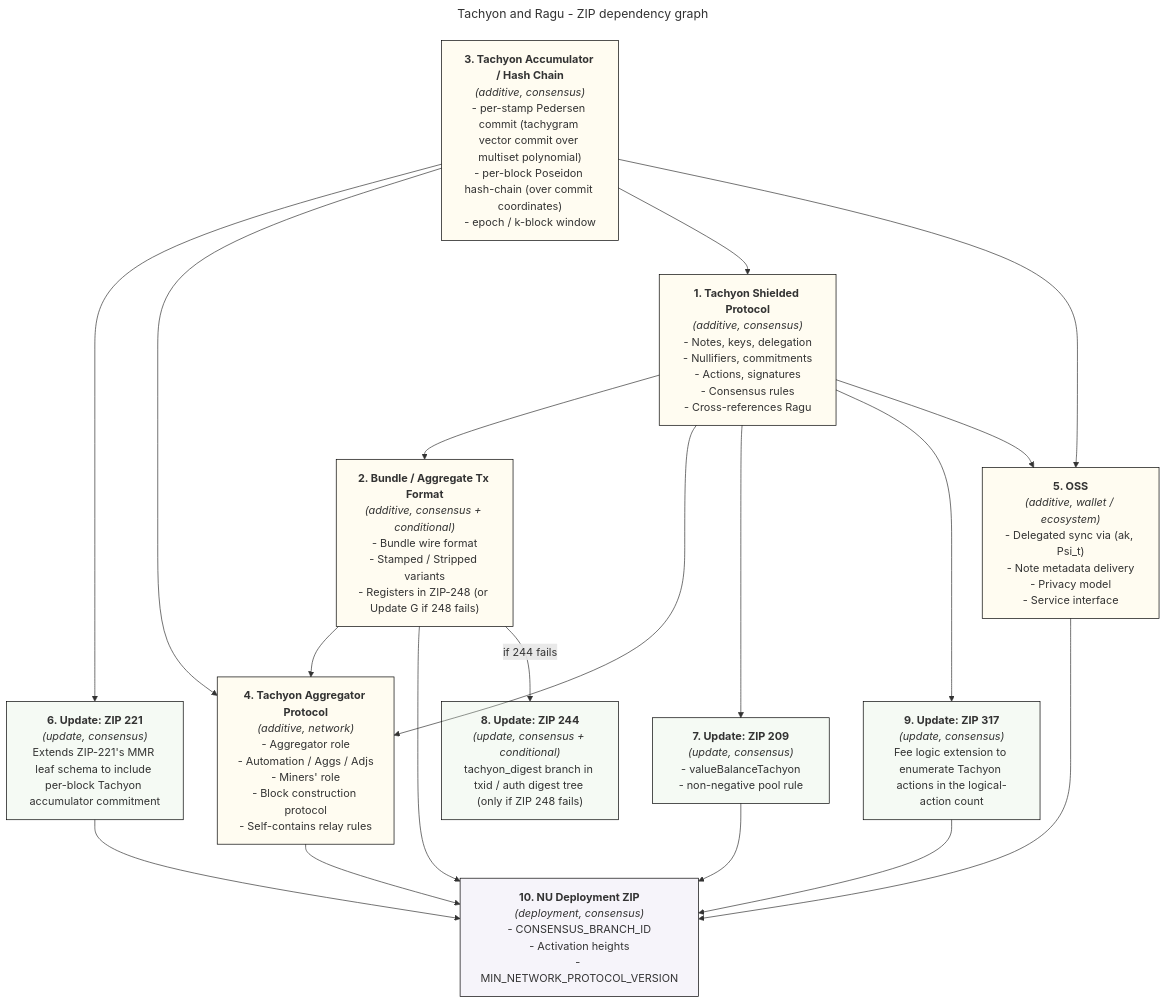
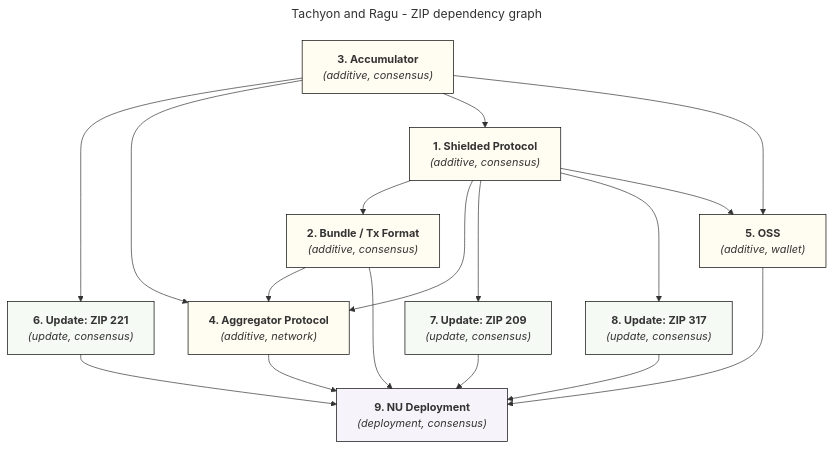
One commit to tachyon-zcash/tachyon changed the diagram in book/src/zips/tachyon-zips.md. Above: the diagram before and after it, drawn with Mermaid. The commit also changed other lines of this file, not shown here.

Commit message:
book: address review feedback

```diff
--- a/book/src/zips/tachyon-zips.md
+++ b/book/src/zips/tachyon-zips.md
@@ -41,108 +41,54 @@
 classDef deployment fill:#dcd2eb40,stroke:black
 
 accumulator["`
-**3. Tachyon Accumulator / Hash Chain**
-
+**3. Accumulator**
 *(additive, consensus)*
-
-- per-stamp Pedersen commit (tachygram vector commit over multiset polynomial)
-- per-block Poseidon hash-chain (over commit coordinates)
-- epoch / k-block window
 `"]:::additive
 
 shielded["`
-**1. Tachyon Shielded Protocol**
-
+**1. Shielded Protocol**
 *(additive, consensus)*
-
-- Notes, keys, delegation
-- Nullifiers, commitments
-- Actions, signatures
-- Consensus rules
-- Cross-references Ragu
 `"]:::additive
 
 bundle["`
-**2. Bundle / Aggregate Tx Format**
-
-*(additive, consensus + conditional)*
-
-- Bundle wire format
-- Stamped / Stripped variants
-- Registers in ZIP-248 (or Update G if 248 fails)
+**2. Bundle / Tx Format**
+*(additive, consensus)*
 `"]:::additive
 
 aggregator["`
-**4. Tachyon Aggregator Protocol**
-
+**4. Aggregator Protocol**
 *(additive, network)*
-
-- Aggregator role
-- Automation / Aggs / Adjs
-- Miners' role
-- Block construction protocol
-- Self-contains relay rules
 `"]:::additive
 
 oss["`
 **5. OSS**
-
-*(additive, wallet / ecosystem)*
-
-- Delegated sync via (ak, Psi_t)
-- Note metadata delivery
-- Privacy model
-- Service interface
+*(additive, wallet)*
 `"]:::additive
 
 zip221["`
 **6. Update: ZIP 221**
-
 *(update, consensus)*
-
-Extends ZIP-221's MMR leaf schema to include per-block Tachyon accumulator commitment
 `"]:::update
 
 zip209["`
 **7. Update: ZIP 209**
-
 *(update, consensus)*
-
-- valueBalanceTachyon
-- non-negative pool rule
-`"]:::update
-
-zip244["`
-**8. Update: ZIP 244**
-
-*(update, consensus + conditional)*
-
-tachyon_digest branch in txid / auth digest tree (only if ZIP 248 fails)
 `"]:::update
 
 zip317["`
-**9. Update: ZIP 317**
-
+**8. Update: ZIP 317**
 *(update, consensus)*
-
-Fee logic extension to enumerate Tachyon actions in the logical-action count
 `"]:::update
 
 nu_deployment["`
-**10. NU Deployment ZIP**
-
+**9. NU Deployment**
 *(deployment, consensus)*
-
-- CONSENSUS_BRANCH_ID
-- Activation heights
-- MIN_NETWORK_PROTOCOL_VERSION
 `"]:::deployment
 
 accumulator --> zip221 & aggregator & shielded & oss
 shielded --> bundle & aggregator & zip209 & zip317 & oss
 
 bundle --> aggregator & nu_deployment
-bundle -- "if 244 fails" --> zip244
 
 aggregator --> nu_deployment
 oss --> nu_deployment
```
